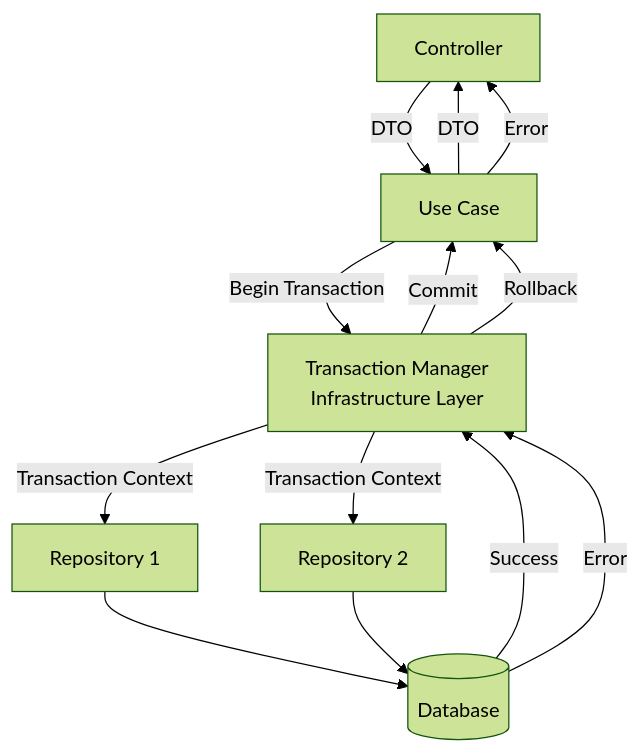
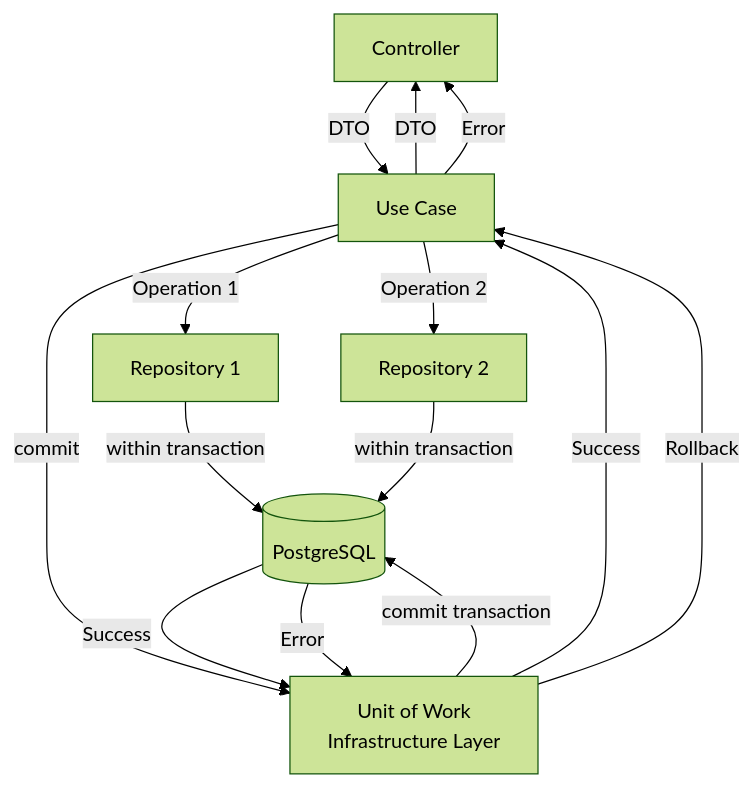
One commit to JoelSiahaan/Specify changed the fourth of 6 diagrams in .kiro/specs/core-lms/design.md. Above: the diagram before and after it, drawn with Mermaid (forest theme). The commit also changed other lines of this file, not shown here.

Commit message:
fix: remove transaction design md

````diff
--- a/.kiro/specs/core-lms/design.md
+++ b/.kiro/specs/core-lms/design.md
@@ -561,23 +630,26 @@
 ```mermaid
 graph TB
     Controller[Controller]
     UseCase[Use Case]
-    TxManager[Transaction Manager<br/>Infrastructure Layer]
+    UoW[Unit of Work<br/>Infrastructure Layer]
     Repo1[Repository 1]
     Repo2[Repository 2]
-    DB[(Database)]
+    DB[(PostgreSQL)]
     
     Controller -->|DTO| UseCase
-    UseCase -->|Begin Transaction| TxManager
-    TxManager -->|Transaction Context| Repo1
-    TxManager -->|Transaction Context| Repo2
-    Repo1 --> DB
-    Repo2 --> DB
-    DB -->|Success| TxManager
-    TxManager -->|Commit| UseCase
+    UseCase -->|Operation 1| Repo1
+    UseCase -->|Operation 2| Repo2
+    UseCase -->|commit| UoW
+    
+    Repo1 -->|within transaction| DB
+    Repo2 -->|within transaction| DB
+    
+    UoW -->|commit transaction| DB
+    DB -->|Success| UoW
+    UoW -->|Success| UseCase
     UseCase -->|DTO| Controller
     
-    DB -->|Error| TxManager
-    TxManager -->|Rollback| UseCase
+    DB -->|Error| UoW
+    UoW -->|Rollback| UseCase
     UseCase -->|Error| Controller
 ```
````
